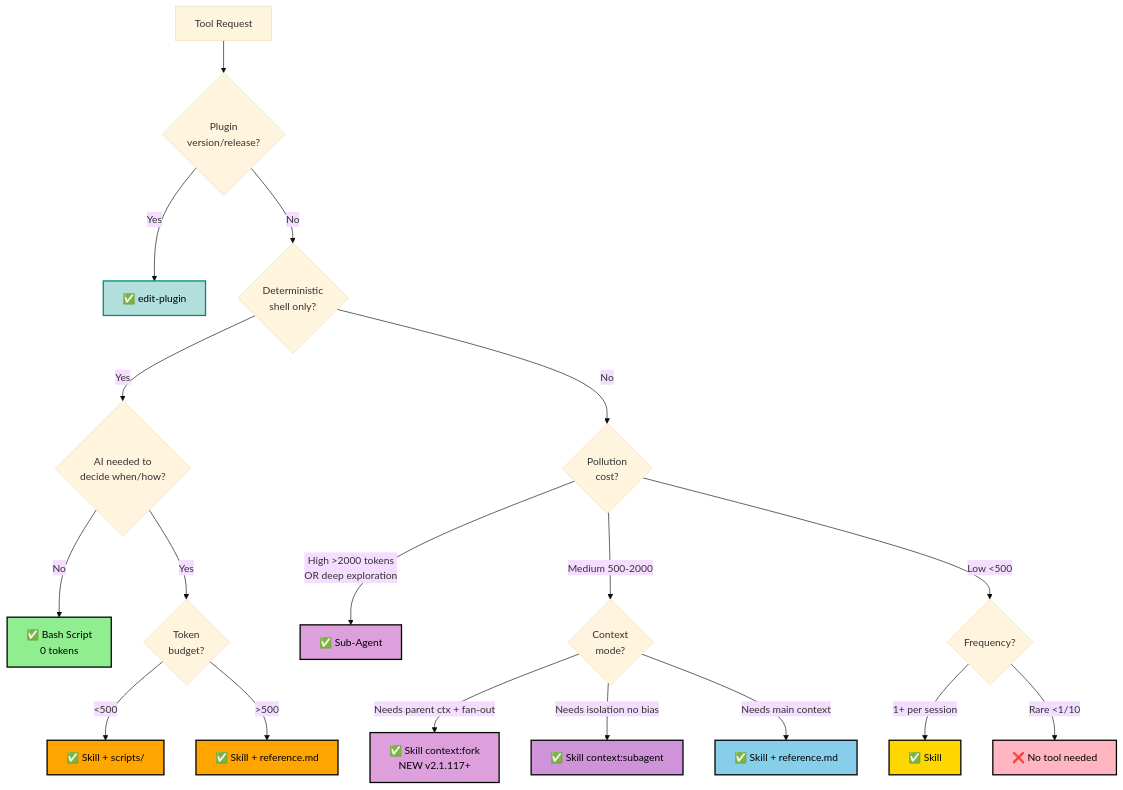
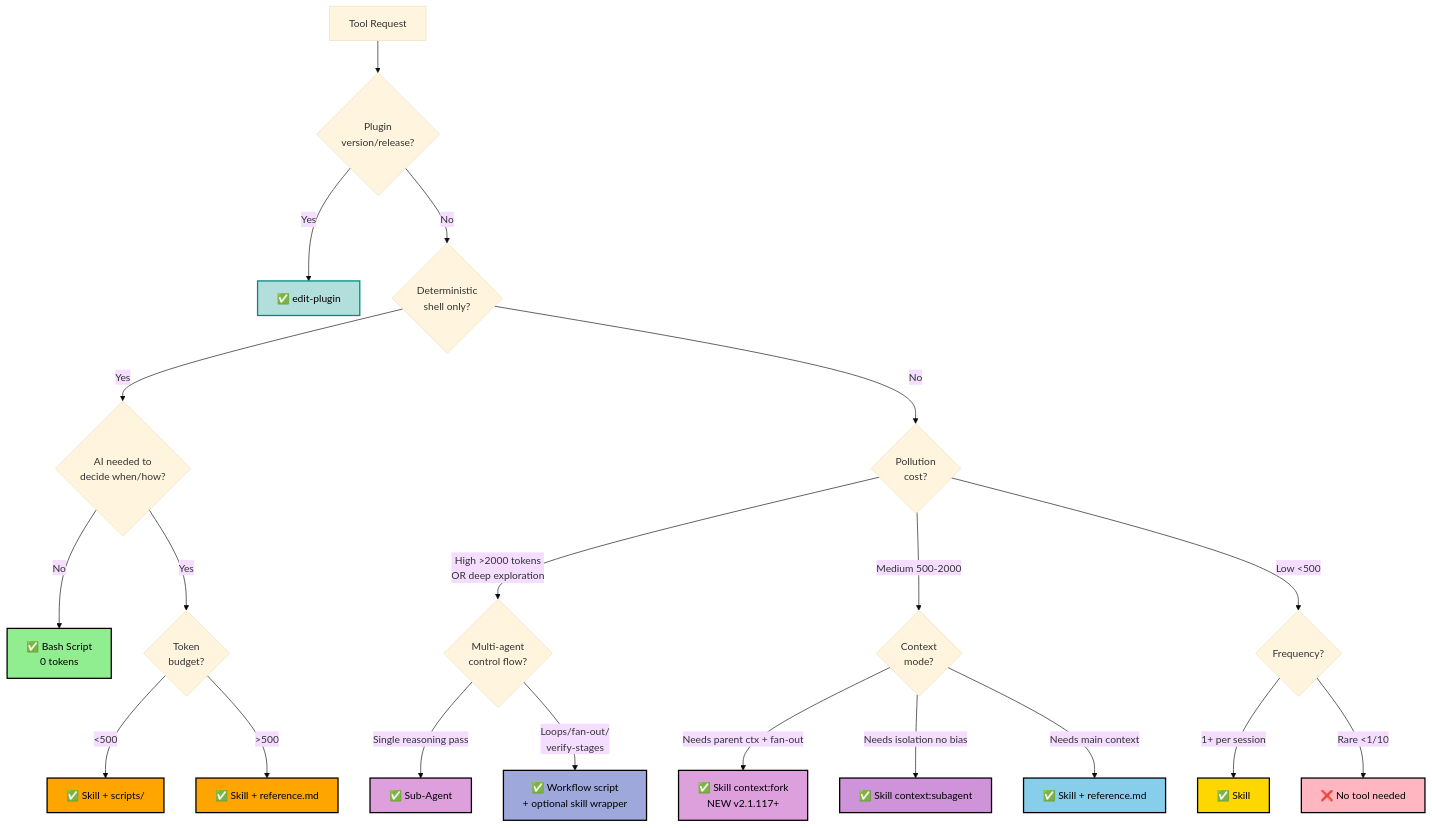
Before and after one commit to digital-stoic-org/agent-skills: the diagram in toolsmith/skills/edit-tool/SKILL.md, drawn with Mermaid (base theme). The commit also changed other lines of this file and 3 other files, not shown here.

````diff
--- a/toolsmith/skills/edit-tool/SKILL.md
+++ b/toolsmith/skills/edit-tool/SKILL.md
@@ -16,33 +16,36 @@
 ```mermaid
 graph TD
     A[Tool Request] --> AA{Plugin<br/>version/release?}
     AA -->|Yes| PLUGIN[✅ edit-plugin]
     AA -->|No| B{Deterministic<br/>shell only?}
     B -->|Yes| C{AI needed to<br/>decide when/how?}
     C -->|No| BASH[✅ Bash Script<br/>0 tokens]
     C -->|Yes| D{Token<br/>budget?}
     D -->|<500| WRAP[✅ Skill + scripts/]
     D -->|>500| SKILL_REF[✅ Skill + reference.md]
 
     B -->|No| E{Pollution<br/>cost?}
-    E -->|High >2000 tokens<br/>OR deep exploration| AGENT[✅ Sub-Agent]
+    E -->|High >2000 tokens<br/>OR deep exploration| W{Multi-agent<br/>control flow?}
+    W -->|Single reasoning pass| AGENT[✅ Sub-Agent]
+    W -->|Loops/fan-out/<br/>verify-stages| WORKFLOW[✅ Workflow script<br/>+ optional skill wrapper]
     E -->|Medium 500-2000| F{Context<br/>mode?}
     F -->|Needs parent ctx + fan-out| FORK[✅ Skill context:fork<br/>NEW v2.1.117+]
     F -->|Needs isolation no bias| SUBAGENT[✅ Skill context:subagent]
     F -->|Needs main context| SKILL_BIG[✅ Skill + reference.md]
 
     E -->|Low <500| G{Frequency?}
     G -->|1+ per session| SKILL[✅ Skill]
     G -->|Rare <1/10| DIRECT[❌ No tool needed]
 
     style PLUGIN fill:#B2DFDB,stroke:#00897B,stroke-width:2px,color:#000
     style BASH fill:#90EE90,stroke:#000,stroke-width:2px,color:#000
     style SKILL fill:#FFD700,stroke:#000,stroke-width:2px,color:#000
     style WRAP fill:#FFA500,stroke:#000,stroke-width:2px,color:#000
     style SKILL_REF fill:#FFA500,stroke:#000,stroke-width:2px,color:#000
     style SKILL_BIG fill:#87CEEB,stroke:#000,stroke-width:2px,color:#000
     style FORK fill:#DDA0DD,stroke:#000,stroke-width:2px,color:#000
     style SUBAGENT fill:#CE93D8,stroke:#000,stroke-width:2px,color:#000
     style AGENT fill:#DDA0DD,stroke:#000,stroke-width:2px,color:#000
+    style WORKFLOW fill:#9FA8DA,stroke:#000,stroke-width:2px,color:#000
     style DIRECT fill:#FFB6C1,stroke:#000,stroke-width:2px,color:#000
 ```
````
